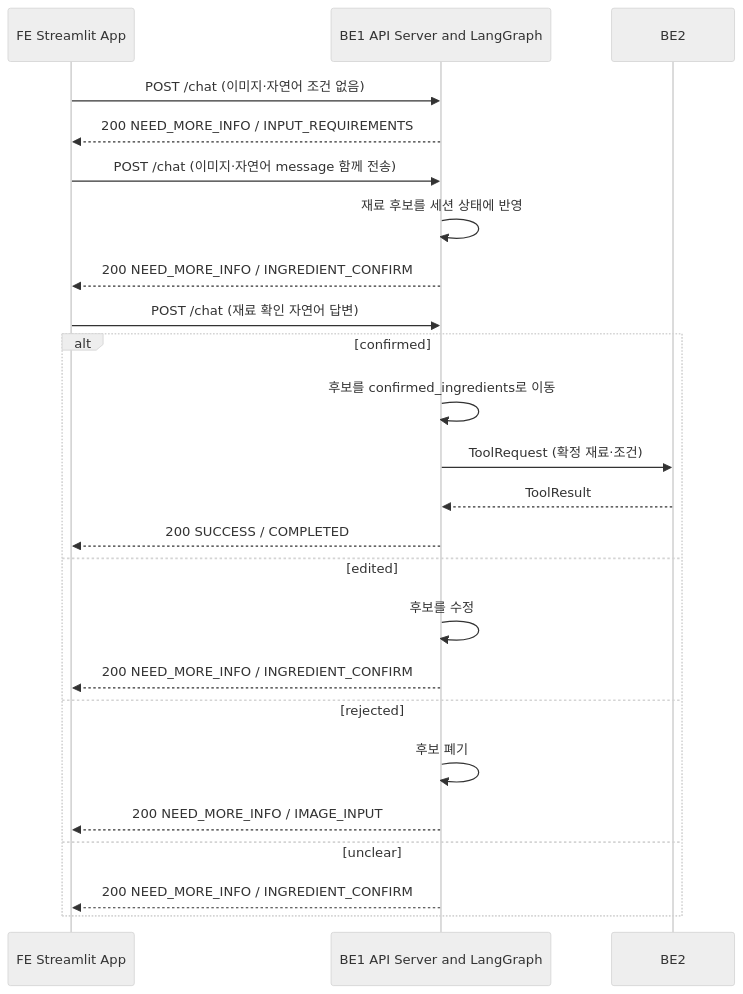
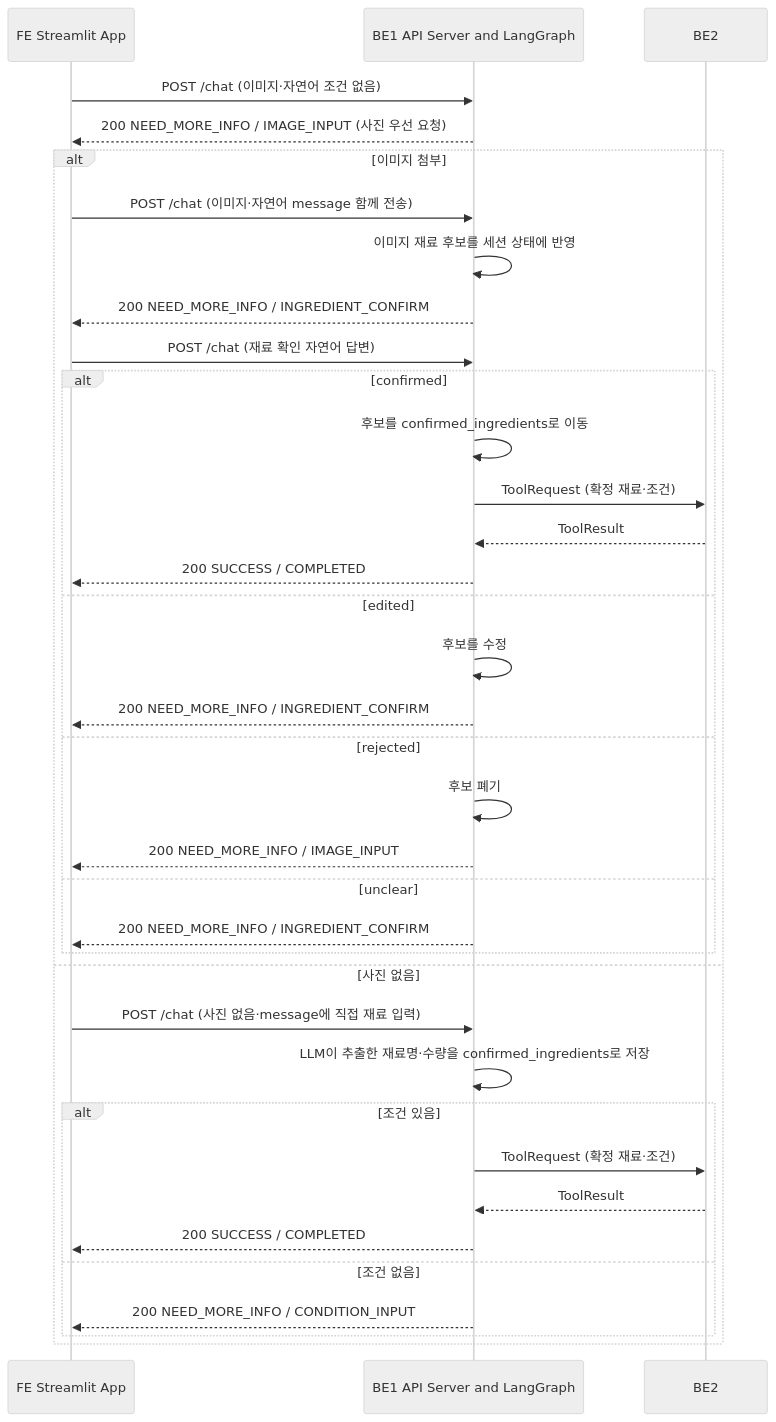
One commit to DongJunee/2026_aio2_p2_PlanEat_Backend changed the first of 3 diagrams in docs/architecture/data-flow.md. Above: the diagram before and after it, drawn with Mermaid (neutral theme). The commit also changed other lines of this file and 24 other files, not shown here.

````diff
--- a/docs/architecture/data-flow.md
+++ b/docs/architecture/data-flow.md
@@ -18,28 +18,40 @@
 ```mermaid
 sequenceDiagram
     participant FE as FE Streamlit App
     participant BE1 as BE1 API Server and LangGraph
 
     FE->>BE1: POST /chat (이미지·자연어 조건 없음)
-    BE1-->>FE: 200 NEED_MORE_INFO / INPUT_REQUIREMENTS
+    BE1-->>FE: 200 NEED_MORE_INFO / IMAGE_INPUT (사진 우선 요청)
 
-    FE->>BE1: POST /chat (이미지·자연어 message 함께 전송)
-    BE1->>BE1: 재료 후보를 세션 상태에 반영
-    BE1-->>FE: 200 NEED_MORE_INFO / INGREDIENT_CONFIRM
+    alt 이미지 첨부
+        FE->>BE1: POST /chat (이미지·자연어 message 함께 전송)
+        BE1->>BE1: 이미지 재료 후보를 세션 상태에 반영
+        BE1-->>FE: 200 NEED_MORE_INFO / INGREDIENT_CONFIRM
 
-    FE->>BE1: POST /chat (재료 확인 자연어 답변)
-    alt confirmed
-        BE1->>BE1: 후보를 confirmed_ingredients로 이동
-        BE1->>BE2: ToolRequest (확정 재료·조건)
-        BE2-->>BE1: ToolResult
-        BE1-->>FE: 200 SUCCESS / COMPLETED
-    else edited
-        BE1->>BE1: 후보를 수정
-        BE1-->>FE: 200 NEED_MORE_INFO / INGREDIENT_CONFIRM
-    else rejected
-        BE1->>BE1: 후보 폐기
-        BE1-->>FE: 200 NEED_MORE_INFO / IMAGE_INPUT
-    else unclear
-        BE1-->>FE: 200 NEED_MORE_INFO / INGREDIENT_CONFIRM
+        FE->>BE1: POST /chat (재료 확인 자연어 답변)
+        alt confirmed
+            BE1->>BE1: 후보를 confirmed_ingredients로 이동
+            BE1->>BE2: ToolRequest (확정 재료·조건)
+            BE2-->>BE1: ToolResult
+            BE1-->>FE: 200 SUCCESS / COMPLETED
+        else edited
+            BE1->>BE1: 후보를 수정
+            BE1-->>FE: 200 NEED_MORE_INFO / INGREDIENT_CONFIRM
+        else rejected
+            BE1->>BE1: 후보 폐기
+            BE1-->>FE: 200 NEED_MORE_INFO / IMAGE_INPUT
+        else unclear
+            BE1-->>FE: 200 NEED_MORE_INFO / INGREDIENT_CONFIRM
+        end
+    else 사진 없음
+        FE->>BE1: POST /chat (사진 없음·message에 직접 재료 입력)
+        BE1->>BE1: LLM이 추출한 재료명·수량을 confirmed_ingredients로 저장
+        alt 조건 있음
+            BE1->>BE2: ToolRequest (확정 재료·조건)
+            BE2-->>BE1: ToolResult
+            BE1-->>FE: 200 SUCCESS / COMPLETED
+        else 조건 없음
+            BE1-->>FE: 200 NEED_MORE_INFO / CONDITION_INPUT
+        end
     end
 ```
````
